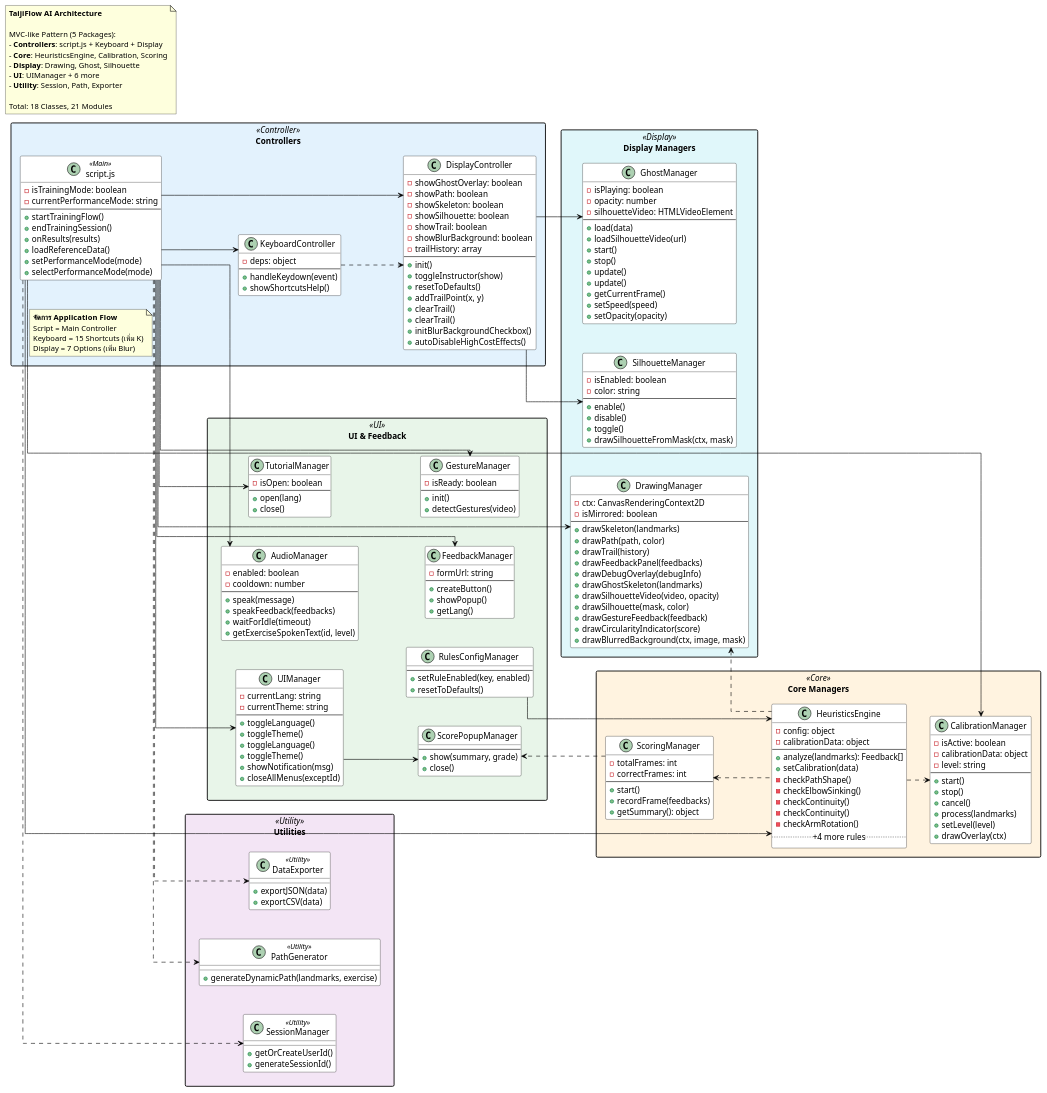
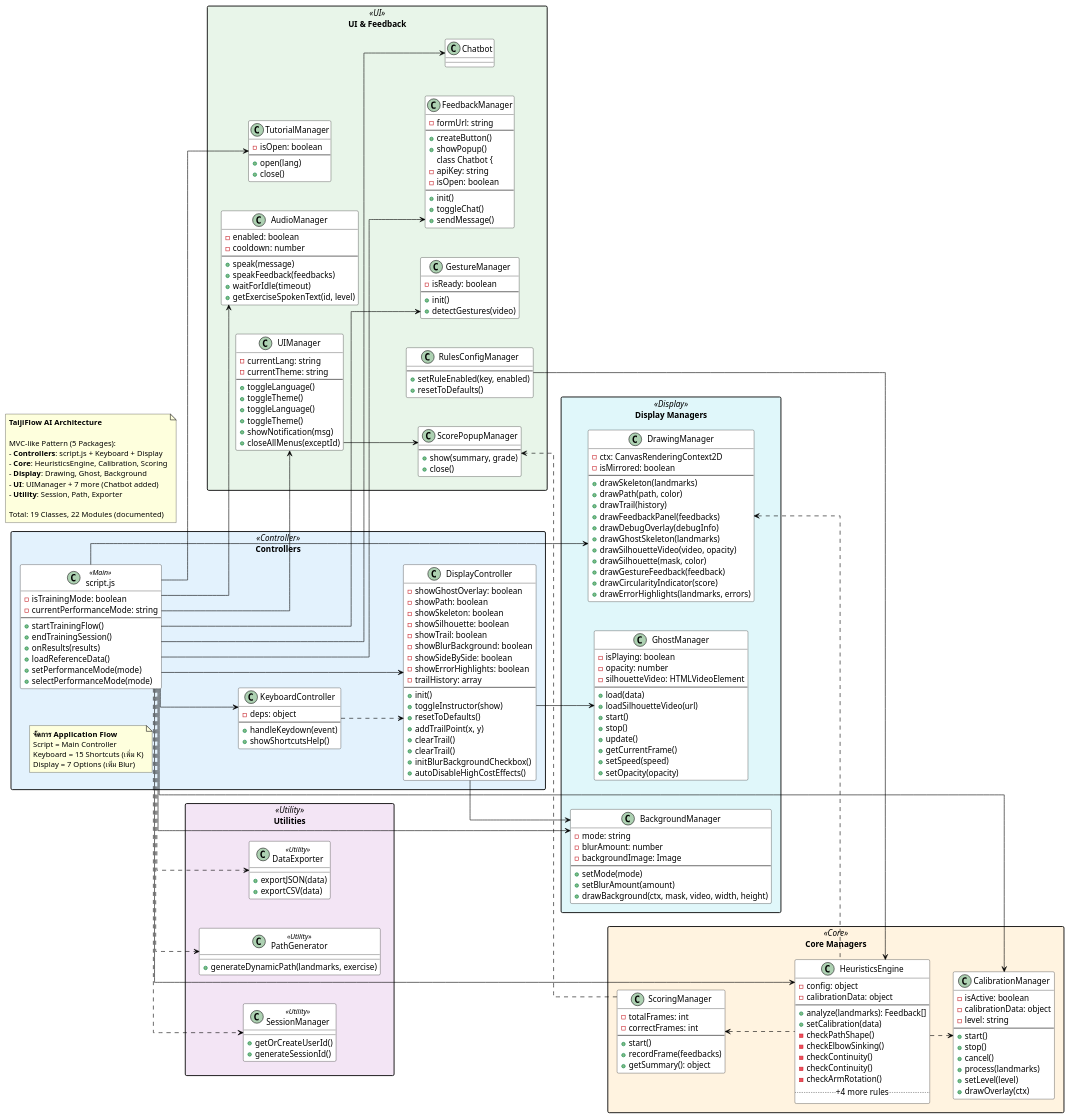
Before and after one commit to vyut/TaijiFlow: the diagram in docs/diagrams/ClassDiagram.wsd, drawn with PlantUML. The commit also changed 17 other files, not shown here.

Commit message:
Updated documents and diagrams

```diff
--- a/docs/diagrams/ClassDiagram.wsd
+++ b/docs/diagrams/ClassDiagram.wsd
@@ -59,6 +59,8 @@
         - showSilhouette: boolean
         - showTrail: boolean
         - showBlurBackground: boolean
+        - showSideBySide: boolean
+        - showErrorHighlights: boolean
         - trailHistory: array
         --
         + init()
@@ -126,6 +128,16 @@
 ' ============================================================================
 
 package "Display Managers" <<Display>> {
+    class BackgroundManager {
+        - mode: string
+        - blurAmount: number
+        - backgroundImage: Image
+        --
+        + setMode(mode)
+        + setBlurAmount(amount)
+        + drawBackground(ctx, mask, video, width, height)
+    }
+
     class DrawingManager {
         - ctx: CanvasRenderingContext2D
         - isMirrored: boolean
@@ -140,7 +152,7 @@
         + drawSilhouette(mask, color)
         + drawGestureFeedback(feedback)
         + drawCircularityIndicator(score)
-        + drawBlurredBackground(ctx, image, mask)
+        + drawErrorHighlights(landmarks, errors)
     }
     
     class GhostManager {
@@ -153,25 +165,14 @@
         + start()
         + stop()
         + update()
-        + update()
         + getCurrentFrame()
         + setSpeed(speed)
         + setOpacity(opacity)
     }
     
-    class SilhouetteManager {
-        - isEnabled: boolean
-        - color: string
-        --
-        + enable()
-        + disable()
-        + toggle()
-        + drawSilhouetteFromMask(ctx, mask)
-    }
-    
     ' Force horizontal layout
     DrawingManager -[hidden]right- GhostManager
-    GhostManager -[hidden]right- SilhouetteManager
+    GhostManager -[hidden]right- BackgroundManager
 }
 
 ' ============================================================================
@@ -233,7 +234,13 @@
             --
             + createButton()
             + showPopup()
-            + getLang()
+        class Chatbot {
+            - apiKey: string
+            - isOpen: boolean
+            --
+            + init()
+            + toggleChat()
+            + sendMessage()
         }
     }
     
@@ -244,6 +251,7 @@
     ScorePopupManager -[hidden]right- RulesConfigManager
     RulesConfigManager -[hidden]right- GestureManager
     GestureManager -[hidden]right- FeedbackManager
+    FeedbackManager -[hidden]right- Chatbot
 }
 
 ' ============================================================================
@@ -282,14 +290,16 @@
 Script --> HeuristicsEngine
 Script --> CalibrationManager
 Script --> DrawingManager
+Script --> BackgroundManager
 Script --> UIManager
 Script --> AudioManager
 Script --> TutorialManager
 Script --> GestureManager
+Script --> Chatbot
 
 ' Display Controller
 DisplayController --> GhostManager
-DisplayController --> SilhouetteManager
+DisplayController --> BackgroundManager
 KeyboardController ..> DisplayController
 
 ' Core relationships
@@ -318,11 +328,11 @@
     MVC-like Pattern (5 Packages):
     - **Controllers**: script.js + Keyboard + Display
     - **Core**: HeuristicsEngine, Calibration, Scoring
-    - **Display**: Drawing, Ghost, Silhouette
-    - **UI**: UIManager + 6 more
+    - **Display**: Drawing, Ghost, Background
+    - **UI**: UIManager + 7 more (Chatbot added)
     - **Utility**: Session, Path, Exporter
     
-    Total: 18 Classes, 21 Modules
+    Total: 19 Classes, 22 Modules (documented)
 end note
 
 @enduml
```
